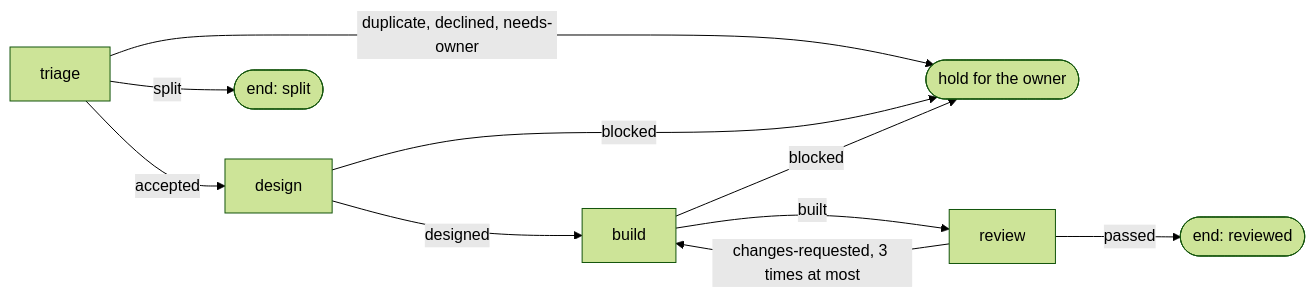
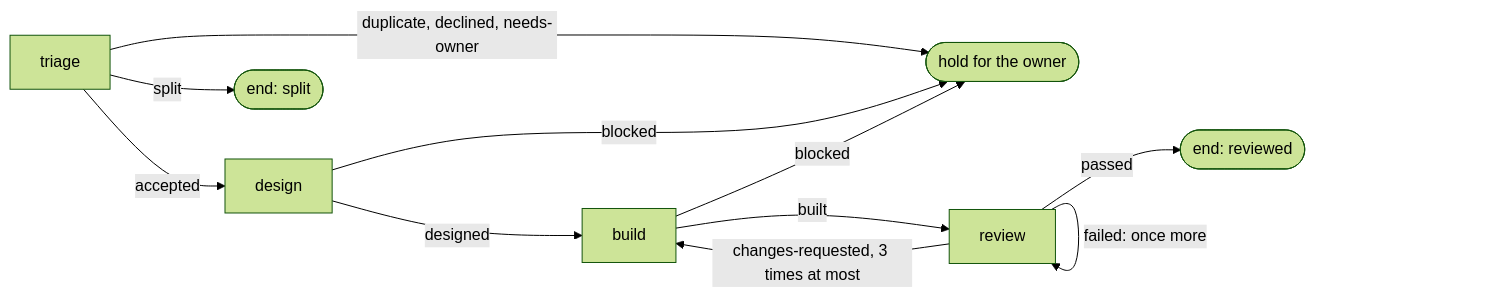
Before and after one commit to zgeoff/boxxy: the diagram in docs/architecture/work/pipeline.md, drawn with Mermaid (forest theme). The commit also changed other lines of this file and 79 other files, not shown here.

Commit message:
docs: rewrite the moved docs as architecture docs

````diff
--- a/docs/architecture/work/pipeline.md
+++ b/docs/architecture/work/pipeline.md
@@ -33,12 +18,13 @@
 ```mermaid
 flowchart LR
   triage -->|accepted| design
   triage -->|"duplicate, declined, needs-owner"| hold(["hold for the owner"])
   triage -->|split| split(["end: split"])
   design -->|designed| build
   design -->|blocked| hold
   build -->|built| review
   build -->|blocked| hold
   review -->|passed| reviewed(["end: reviewed"])
   review -->|"changes-requested, 3 times at most"| build
+  review -->|"failed: once more"| review
 ```
````
